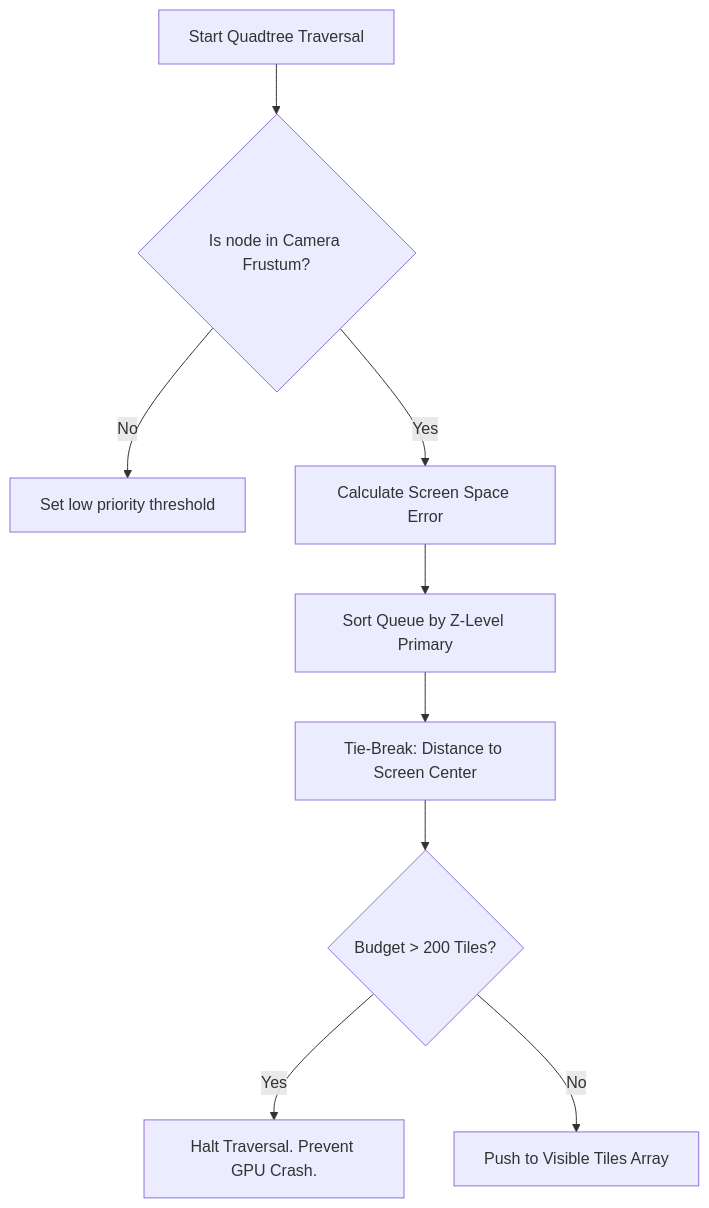
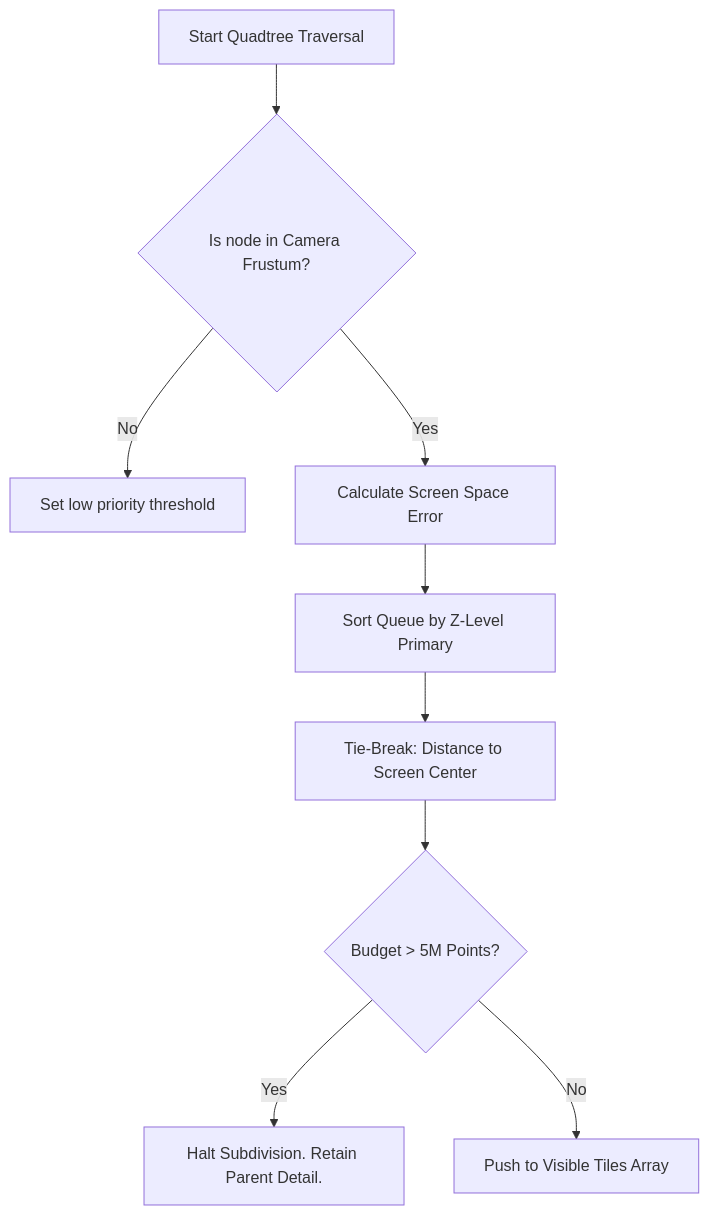
Before and after one commit to kai-erlenbusch/deepgraph-GAIA-sandbox: the second of 2 diagrams in README.md, drawn with Mermaid. The commit also changed other lines of this file, not shown here.

Commit message:
docs: Update README to reflect 5-Million Point Budget architecture

````diff
--- a/README.md
+++ b/README.md
@@ -67,13 +67,13 @@
 ```mermaid
 flowchart TD
     A[Start Quadtree Traversal] --> B{Is node in Camera Frustum?}
     B -->|No| C[Set low priority threshold]
     B -->|Yes| D[Calculate Screen Space Error]
     
     D --> E[Sort Queue by Z-Level Primary]
     E --> F[Tie-Break: Distance to Screen Center]
     
-    F --> G{Budget > 200 Tiles?}
-    G -->|Yes| H[Halt Traversal. Prevent GPU Crash.]
+    F --> G{Budget > 5M Points?}
+    G -->|Yes| H[Halt Subdivision. Retain Parent Detail.]
     G -->|No| I[Push to Visible Tiles Array]
 ```
````
